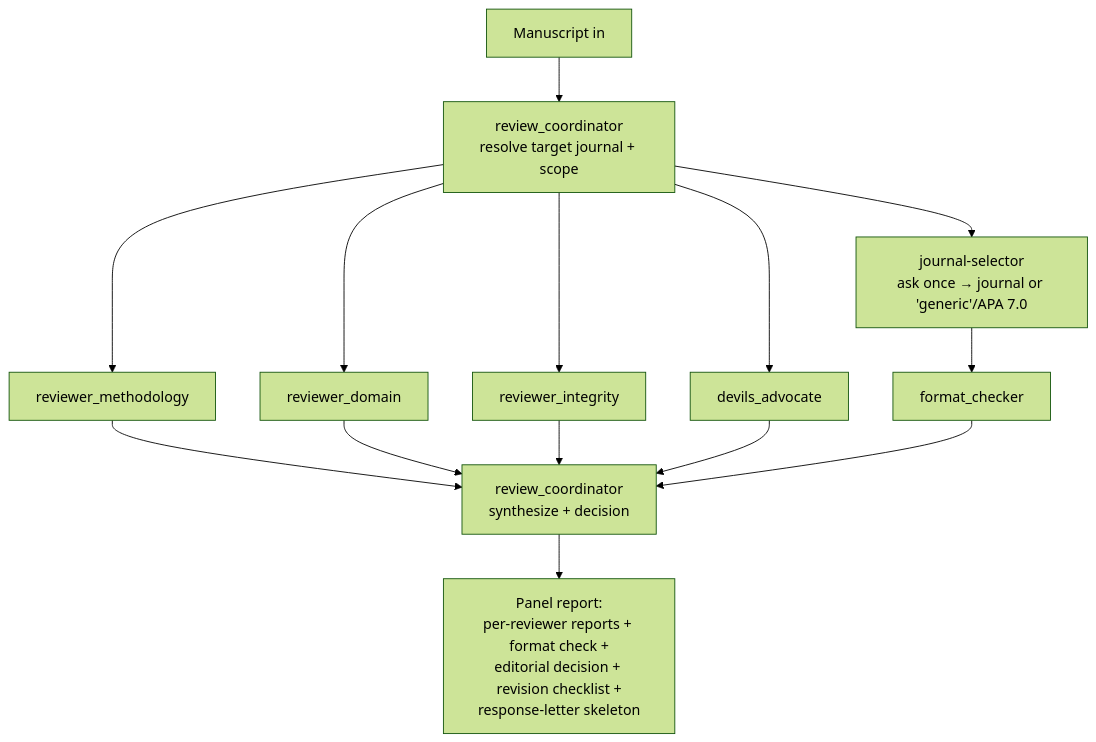
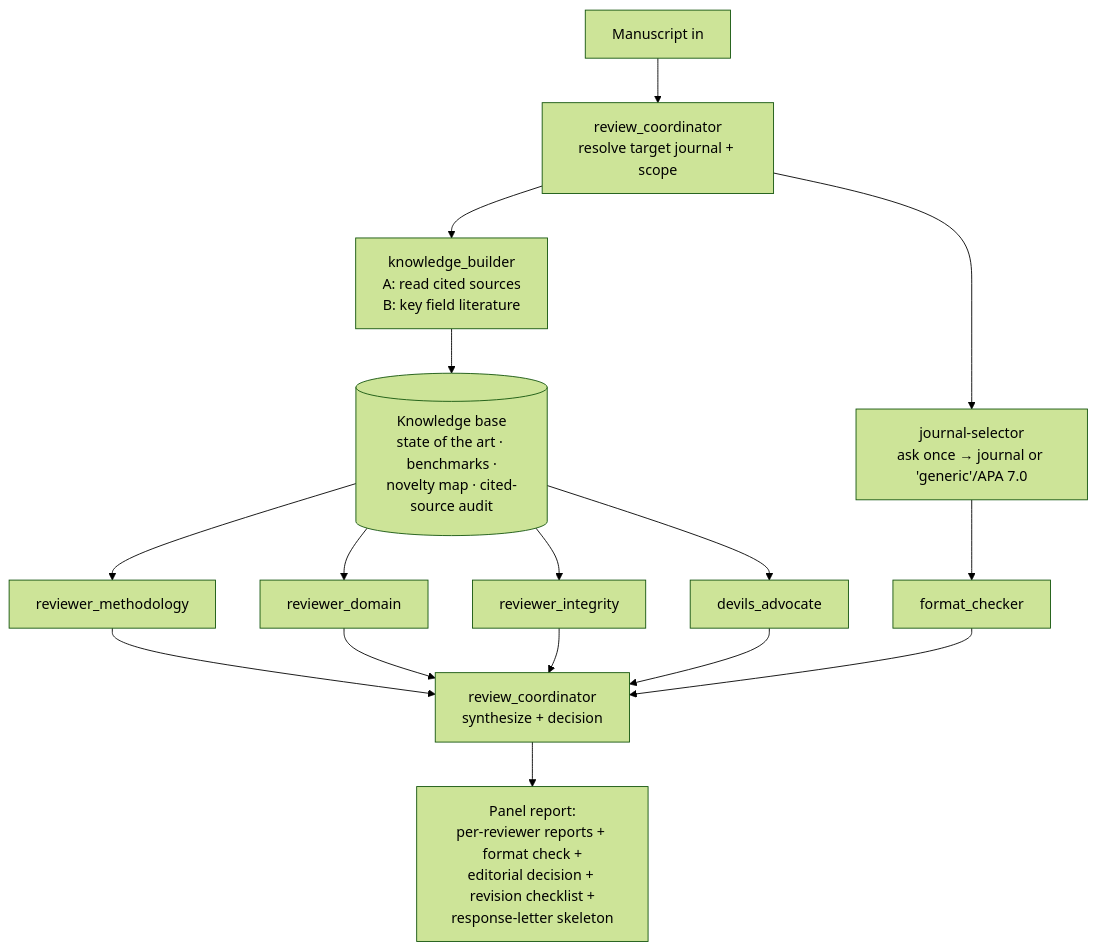
One commit to PangenomeAI/academic-skills-food-nutrition changed the diagram in food-review/SKILL.md. Above: the diagram before and after it, drawn with Mermaid (forest theme). The commit also changed other lines of this file and 11 other files, not shown here.

First line of the commit message:
Ground food-review's panel in a knowledge base before critique (v1.29.0)

````diff
--- a/food-review/SKILL.md
+++ b/food-review/SKILL.md
@@ -39,16 +57,18 @@
 ```mermaid
 flowchart TD
     A[Manuscript in] --> B[review_coordinator<br/>resolve target journal + scope]
     B --> JS[journal-selector<br/>ask once → journal or 'generic'/APA 7.0]
-    B --> R1[reviewer_methodology]
-    B --> R2[reviewer_domain]
-    B --> R3[reviewer_integrity]
-    B --> R4[devils_advocate]
+    B --> KB[knowledge_builder<br/>A: read cited sources<br/>B: key field literature]
+    KB --> KBase[(Knowledge base<br/>state of the art · benchmarks ·<br/>novelty map · cited-source audit)]
+    KBase --> R1[reviewer_methodology]
+    KBase --> R2[reviewer_domain]
+    KBase --> R3[reviewer_integrity]
+    KBase --> R4[devils_advocate]
     JS --> FC[format_checker]
     R1 --> C[review_coordinator<br/>synthesize + decision]
     R2 --> C
     R3 --> C
     R4 --> C
     FC --> C
     C --> O[Panel report:<br/>per-reviewer reports + format check +<br/>editorial decision + revision checklist +<br/>response-letter skeleton]
 ```
````
